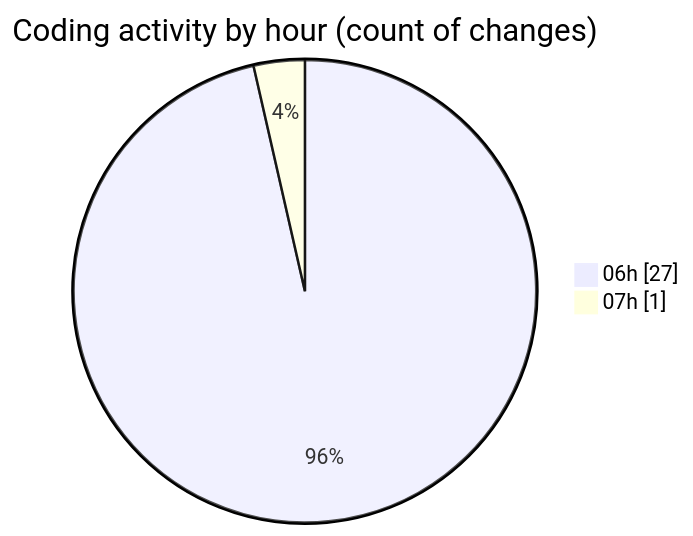
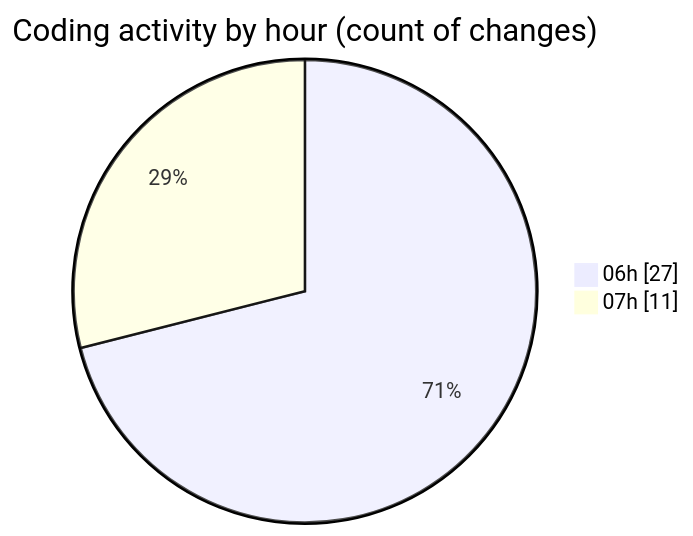
Before and after one commit to ernivani/code-tracking: the second of 2 diagrams in 2025-01-03/impin_fr/README.md, drawn with Mermaid. The commit also changed other lines of this file and 4 other files, not shown here.

````diff
--- a/2025-01-03/impin_fr/README.md
+++ b/2025-01-03/impin_fr/README.md
@@ -39,6 +42,6 @@
 ```mermaid
 pie showData
 title Coding activity by hour (count of changes)
 "06h" : 27
-"07h" : 1
+"07h" : 11
 ```
````
